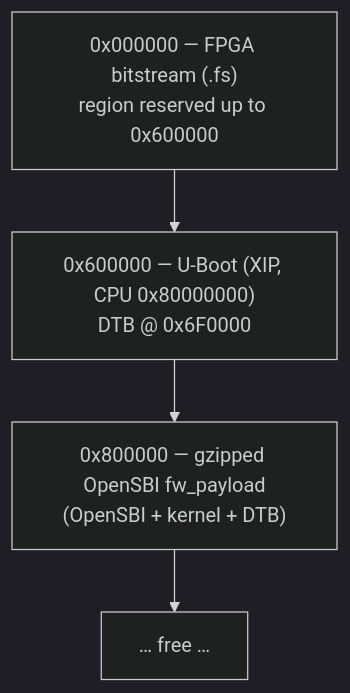
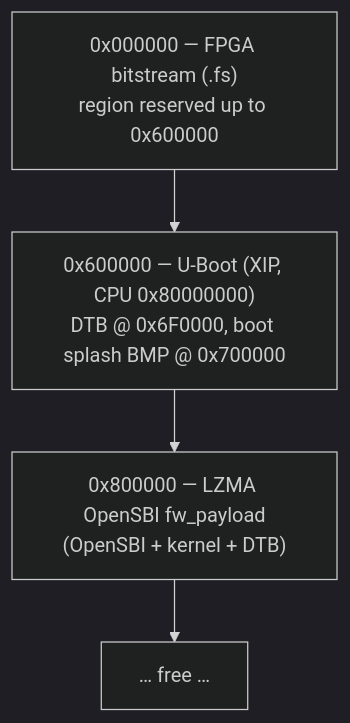
One commit to phoenix367/tang-mega-138K-Pro-demo changed the first of 3 diagrams in doc/03-boot.md. Above: the diagram before and after it, drawn with Mermaid (dark theme). The commit also changed other lines of this file and 25 other files, not shown here.

````diff
--- a/doc/03-boot.md
+++ b/doc/03-boot.md
@@ -8,8 +8,8 @@
 ```mermaid
 graph TD
   A["0x000000 — FPGA bitstream (.fs)<br/>region reserved up to 0x600000"]
-  B["0x600000 — U-Boot (XIP, CPU 0x80000000)<br/>DTB @ 0x6F0000"]
-  C["0x800000 — gzipped OpenSBI fw_payload<br/>(OpenSBI + kernel + DTB)"]
+  B["0x600000 — U-Boot (XIP, CPU 0x80000000)<br/>DTB @ 0x6F0000, boot splash BMP @ 0x700000"]
+  C["0x800000 — LZMA OpenSBI fw_payload<br/>(OpenSBI + kernel + DTB)"]
   D["… free …"]
   A --> B --> C --> D
 ```
````
